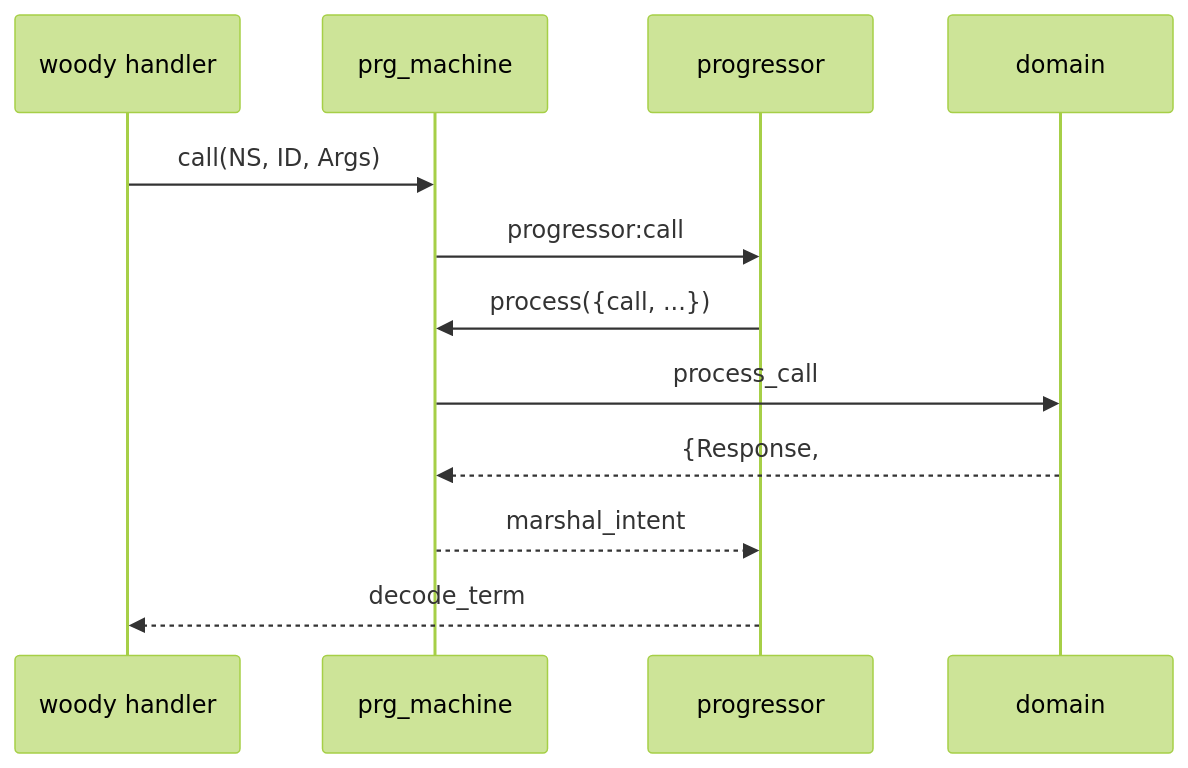
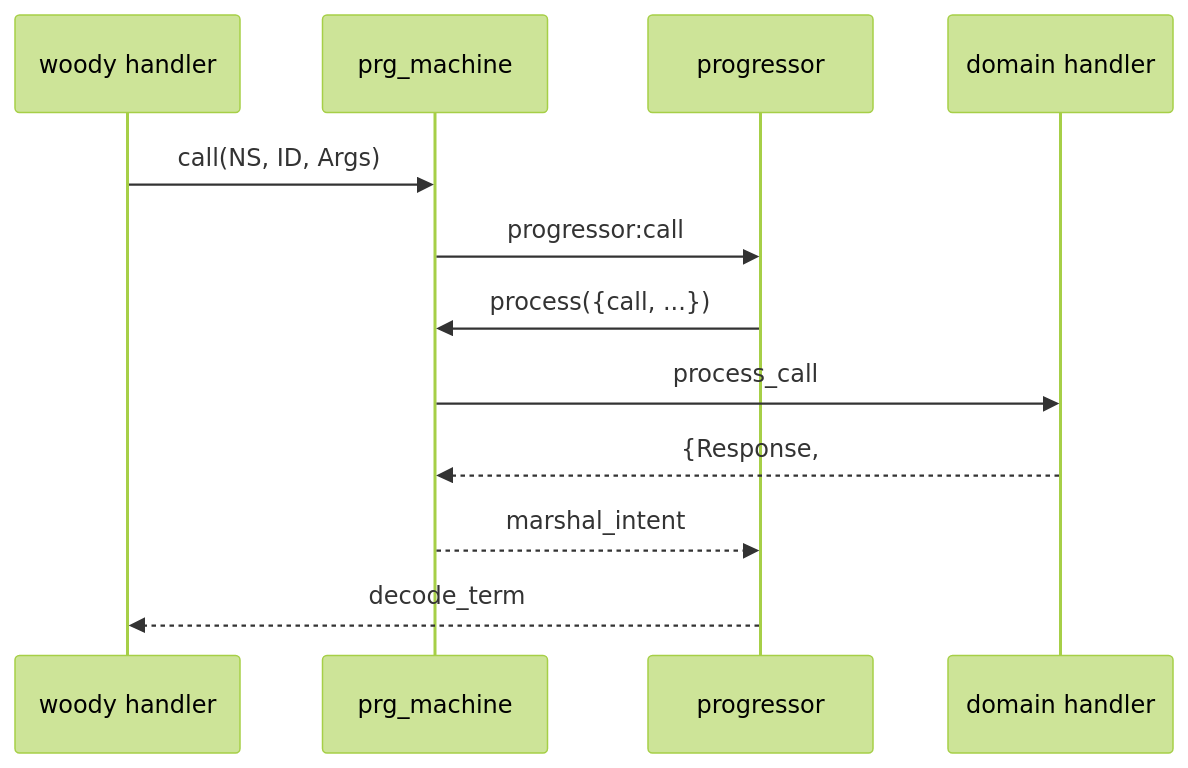
The diagram in docs/prg-machine.md (valitydev/paycore), drawn with Mermaid (forest theme) before and after one commit. The commit also changed other lines of this file and 3 other files, not shown here.

````diff
--- a/docs/prg-machine.md
+++ b/docs/prg-machine.md
@@ -19,15 +19,15 @@
 ```mermaid
 sequenceDiagram
     participant WH as woody handler
     participant PM as prg_machine
     participant PR as progressor
-    participant DM as domain
+    participant DM as domain handler
 
     WH->>PM: call(NS, ID, Args)
     PM->>PR: progressor:call
     PR->>PM: process({call, ...})
     PM->>DM: process_call
     DM-->>PM: {Response, #{events, action, auxst}}
     PM-->>PR: marshal_intent
     PR-->>WH: decode_term
 ```
````
